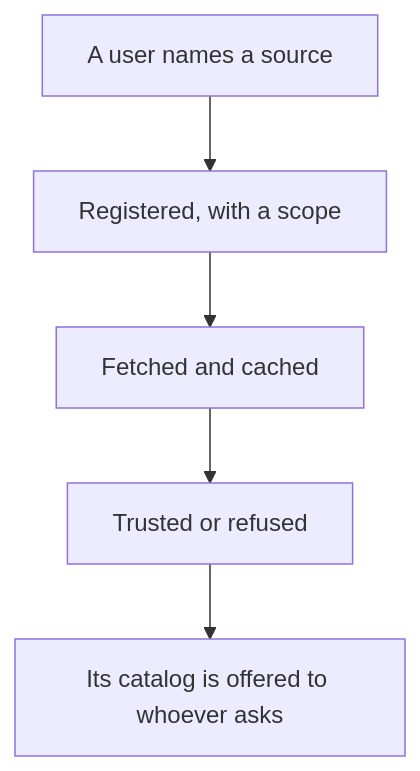
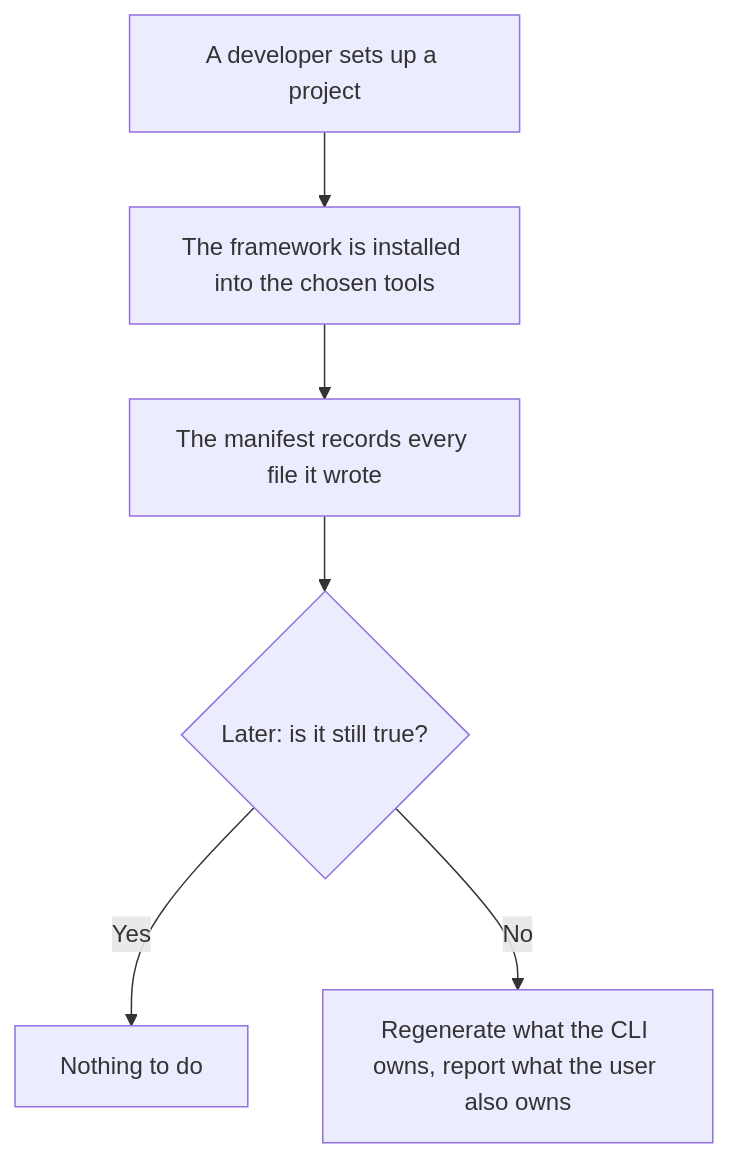
Before and after one commit to ai-driven-dev/aidd-framework: the first of 2 diagrams in cli/aidd_docs/tasks/2026_08/2026_08_20_refactor-contextes-cli/phase-12.md, drawn with Mermaid. The commit also changed other lines of this file and 17 other files, not shown here.

````diff
--- a/cli/aidd_docs/tasks/2026_08/2026_08_20_refactor-contextes-cli/phase-12.md
+++ b/cli/aidd_docs/tasks/2026_08/2026_08_20_refactor-contextes-cli/phase-12.md
@@ -35,7 +39,8 @@
 ```mermaid
 flowchart TD
-  A[A user names a source] --> B[Registered, with a scope]
-  B --> C[Fetched and cached]
-  C --> D[Trusted or refused]
-  D --> E[Its catalog is offered to whoever asks]
+  A[A developer sets up a project] --> B[The framework is installed into the chosen tools]
+  B --> C[The manifest records every file it wrote]
+  C --> D{Later: is it still true?}
+  D -->|Yes| E[Nothing to do]
+  D -->|No| F[Regenerate what the CLI owns, report what the user also owns]
 ```
````
